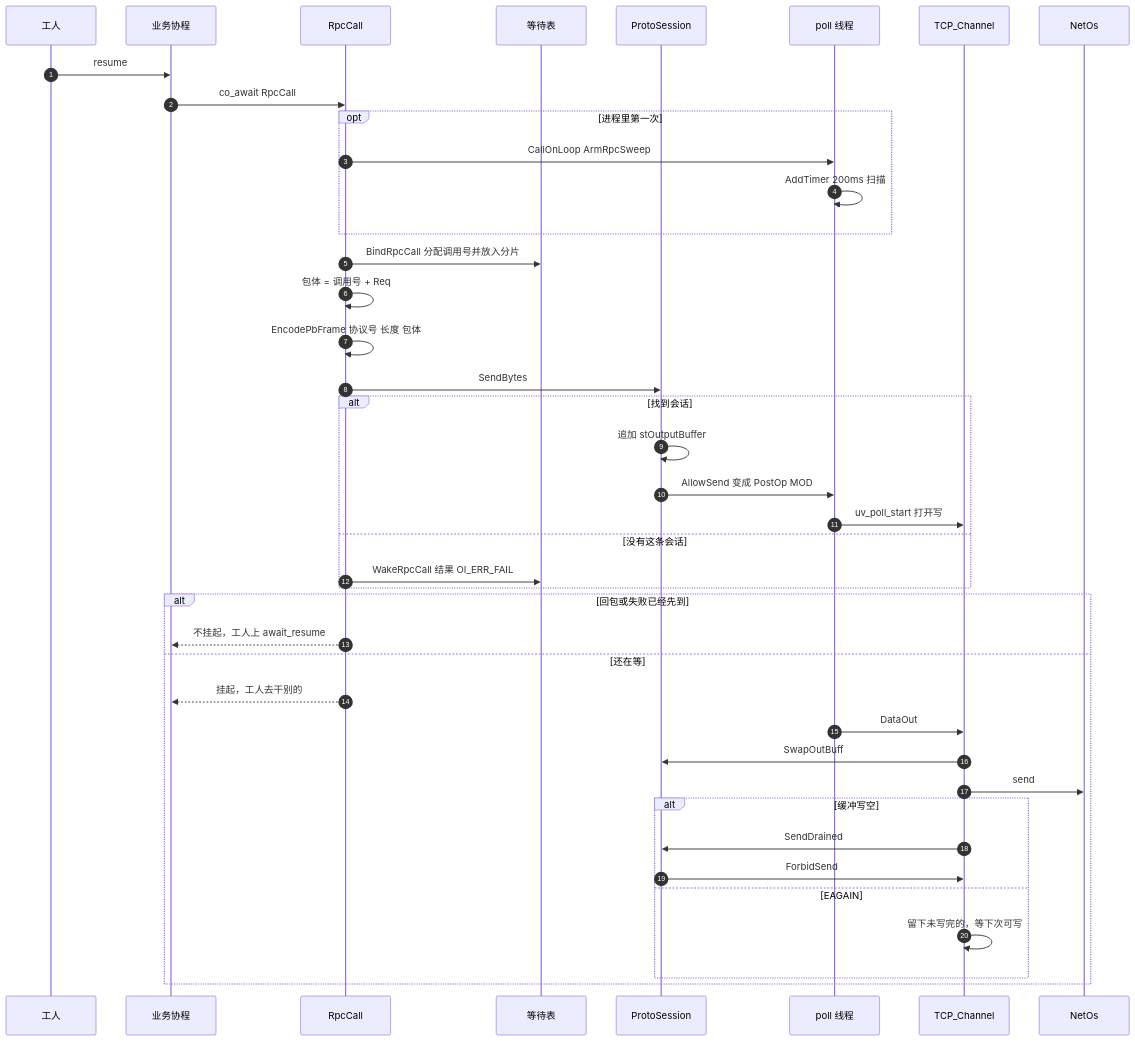
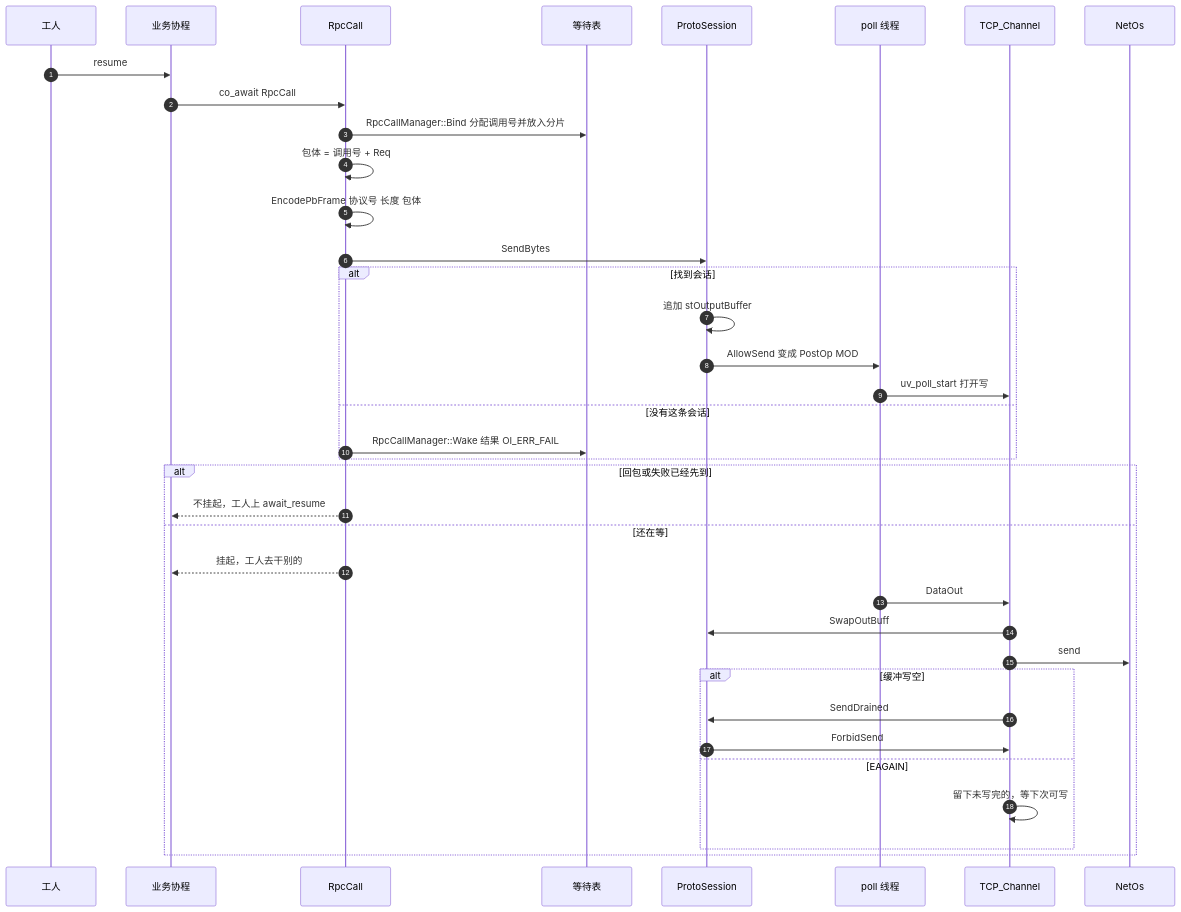
One commit to orikiaru/openidea changed the diagram in docs/sequence-diagram/multi-thread/send.md. Above: the diagram before and after it, drawn with Mermaid. The commit also changed 46 other files, not shown here.

Commit message:
RPC 等待表收进 RpcCallManager 单例按 tick 扫超时，处理表并入 ProtoSessionManager，Windows 拷贝 MySQL 运行库

````diff
--- a/docs/sequence-diagram/multi-thread/send.md
+++ b/docs/sequence-diagram/multi-thread/send.md
@@ -9,44 +9,40 @@
 ```mermaid
 sequenceDiagram
     autonumber
     participant Worker as 工人
     participant Biz as 业务协程
     participant Call as RpcCall
     participant Wait as 等待表
     participant Sess as ProtoSession
     participant Poll as poll 线程
     participant Tcp as TCP_Channel
     participant Os as NetOs
 
     Worker->>Biz: resume
     Biz->>Call: co_await RpcCall
-    opt 进程里第一次
-        Call->>Poll: CallOnLoop ArmRpcSweep
-        Poll->>Poll: AddTimer 200ms 扫描
-    end
-    Call->>Wait: BindRpcCall 分配调用号并放入分片
+    Call->>Wait: RpcCallManager::Bind 分配调用号并放入分片
     Call->>Call: 包体 = 调用号 + Req
     Call->>Call: EncodePbFrame 协议号 长度 包体
     Call->>Sess: SendBytes
     alt 找到会话
         Sess->>Sess: 追加 stOutputBuffer
         Sess->>Poll: AllowSend 变成 PostOp MOD
         Poll->>Tcp: uv_poll_start 打开写
     else 没有这条会话
-        Call->>Wait: WakeRpcCall 结果 OI_ERR_FAIL
+        Call->>Wait: RpcCallManager::Wake 结果 OI_ERR_FAIL
     end
     alt 回包或失败已经先到
         Call-->>Biz: 不挂起，工人上 await_resume
     else 还在等
         Call-->>Biz: 挂起，工人去干别的
         Poll->>Tcp: DataOut
         Tcp->>Sess: SwapOutBuff
         Tcp->>Os: send
         alt 缓冲写空
             Tcp->>Sess: SendDrained
             Sess->>Tcp: ForbidSend
         else EAGAIN
             Tcp->>Tcp: 留下未写完的，等下次可写
         end
     end
 ```
````
